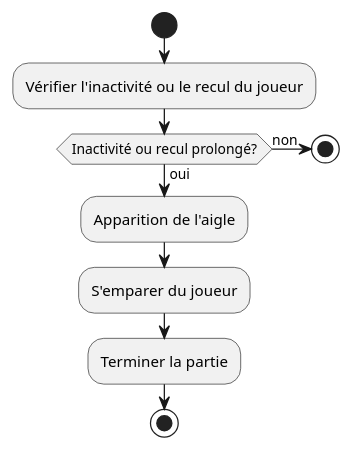
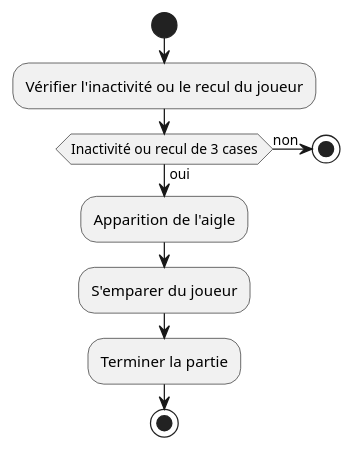
Before and after one commit to LosVerinos/Crossy-Road: the diagram in Analyse/UseCase/eagle.puml, drawn with PlantUML. The commit also changed 13 other files, not shown here.

Commit message:
Modifications de certains diagrammes

```diff
--- a/Analyse/UseCase/eagle.puml
+++ b/Analyse/UseCase/eagle.puml
@@ -1,13 +1,13 @@
 @startuml eagleUC
 |Système|
 start
 :Vérifier l'inactivité ou le recul du joueur;
-if (Inactivité ou recul prolongé?) then (oui)
+if (Inactivité ou recul de 3 cases) then (oui)
     :Apparition de l'aigle;
     :S'emparer du joueur;
     :Terminer la partie;
 else (non)
     stop
 endif
 stop
 @enduml
```
